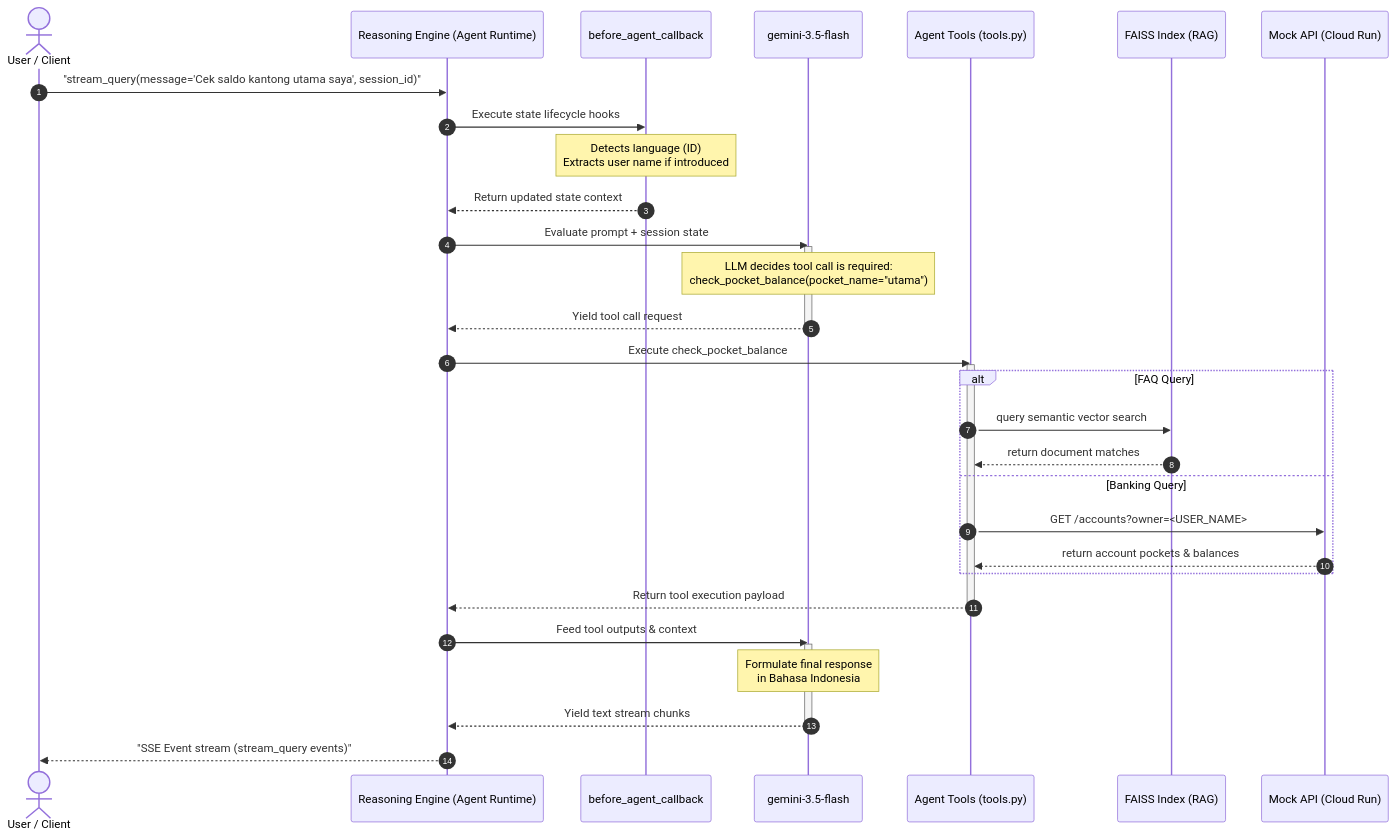
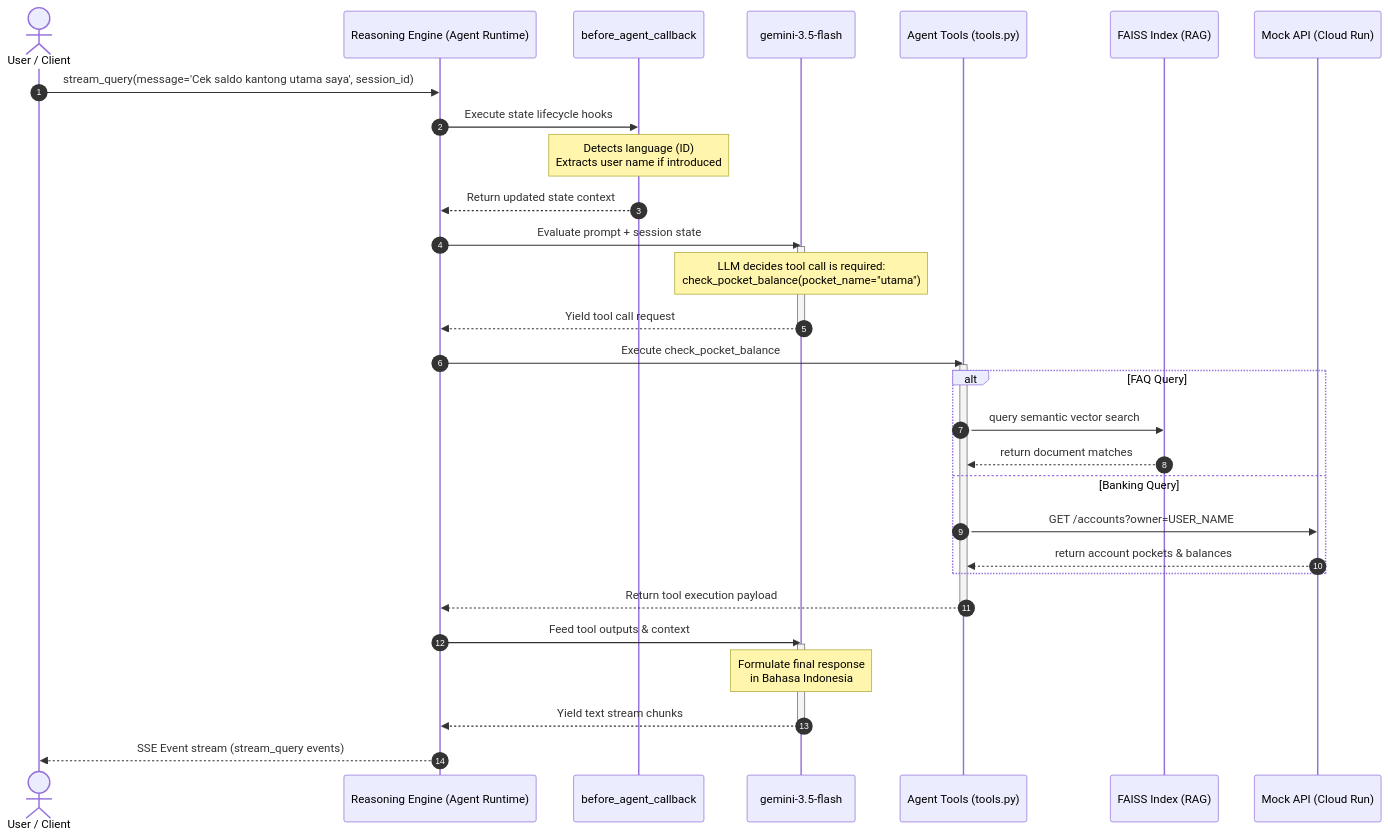
One commit to amura2406/bank-makmur-adk changed the second of 2 diagrams in README.md. Above: the diagram before and after it, drawn with Mermaid. The commit also changed other lines of this file and 29 other files, not shown here.

````diff
--- a/README.md
+++ b/README.md
@@ -48,40 +52,40 @@
 ```mermaid
 sequenceDiagram
     autonumber
     actor User as User / Client
     participant RE as Reasoning Engine (Agent Runtime)
     participant CB as before_agent_callback
     participant LLM as gemini-3.5-flash
     participant Tools as Agent Tools (tools.py)
     participant FAISS as FAISS Index (RAG)
     participant MockAPI as Mock API (Cloud Run)
 
-    User->>RE: "stream_query(message='Cek saldo kantong utama saya', session_id)"
+    User->>RE: stream_query(message='Cek saldo kantong utama saya', session_id)
     RE->>CB: Execute state lifecycle hooks
     Note over CB: Detects language (ID)<br/>Extracts user name if introduced
     CB-->>RE: Return updated state context
     RE->>LLM: Evaluate prompt + session state
     activate LLM
     Note over LLM: LLM decides tool call is required:<br/>check_pocket_balance(pocket_name="utama")
     LLM-->>RE: Yield tool call request
     deactivate LLM
     
     RE->>Tools: Execute check_pocket_balance
     activate Tools
     alt FAQ Query
         Tools->>FAISS: query semantic vector search
         FAISS-->>Tools: return document matches
     else Banking Query
-        Tools->>MockAPI: GET /accounts?owner=<USER_NAME>
+        Tools->>MockAPI: GET /accounts?owner=USER_NAME
         MockAPI-->>Tools: return account pockets & balances
     end
     Tools-->>RE: Return tool execution payload
     deactivate Tools
     
     RE->>LLM: Feed tool outputs & context
     activate LLM
     Note over LLM: Formulate final response<br/>in Bahasa Indonesia
     LLM-->>RE: Yield text stream chunks
     deactivate LLM
-    RE-->>User: "SSE Event stream (stream_query events)"
+    RE-->>User: SSE Event stream (stream_query events)
 ```
````
